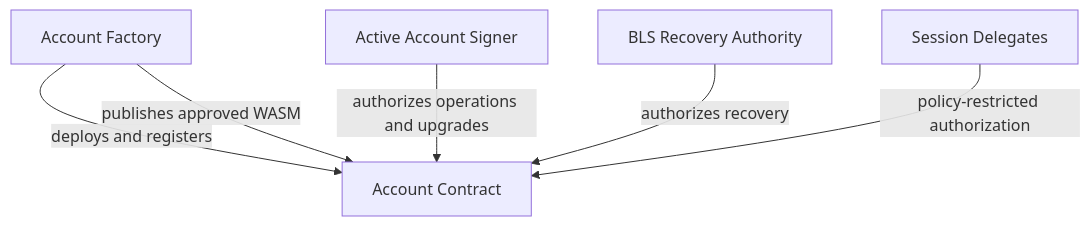
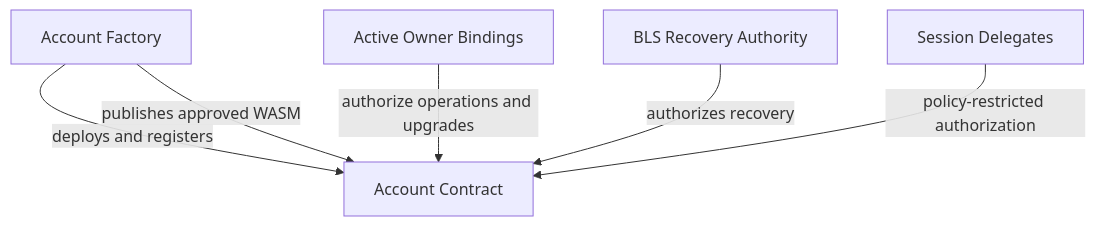
One commit to Socket-Fi/socketfi-smart-account changed the diagram in account/README.md. Above: the diagram before and after it, drawn with Mermaid. The commit also changed other lines of this file and 34 other files, not shown here.

````diff
--- a/account/README.md
+++ b/account/README.md
@@ -389,8 +378,8 @@
 ```mermaid
 flowchart TD
     F["Account Factory"] -->|deploys and registers| A["Account Contract"]
     F -->|publishes approved WASM| A
-    O["Active Account Signer"] -->|authorizes operations and upgrades| A
+    O["Active Owner Bindings"] -->|authorize operations and upgrades| A
     G["BLS Recovery Authority"] -->|authorizes recovery| A
     S["Session Delegates"] -->|policy-restricted authorization| A
 ```
````
